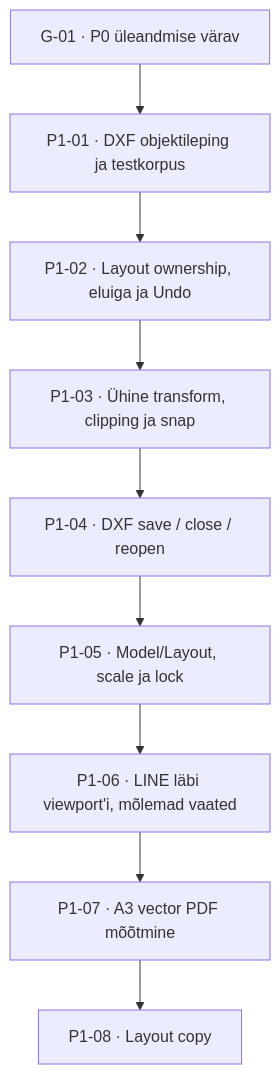
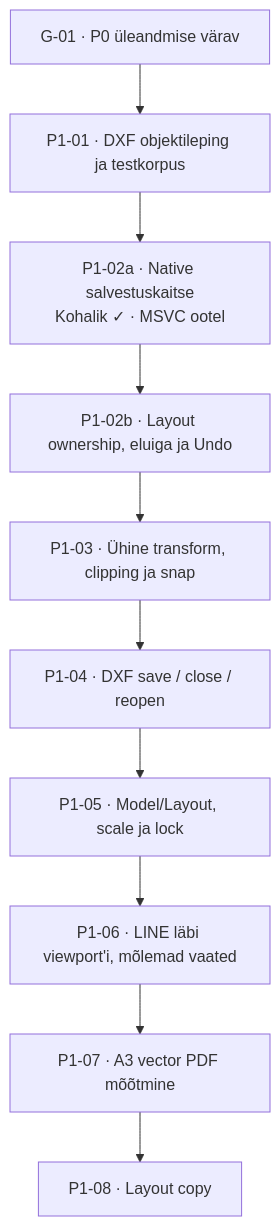
Before and after one commit to T3stin-svg/kuubik-draw-native: the second of 2 diagrams in docs/ROADMAP.md, drawn with Mermaid. The commit also changed other lines of this file and 26 other files, not shown here.

````diff
--- a/docs/ROADMAP.md
+++ b/docs/ROADMAP.md
@@ -111,11 +124,12 @@
 ```mermaid
 flowchart TD
     G["G-01 · P0 üleandmise värav"] --> A["P1-01 · DXF objektileping ja testkorpus"]
-    A --> B["P1-02 · Layout ownership, eluiga ja Undo"]
+    A --> S["P1-02a · Native salvestuskaitse<br/>Kohalik ✓ · MSVC ootel"]
+    S --> B["P1-02b · Layout ownership, eluiga ja Undo"]
     B --> C["P1-03 · Ühine transform, clipping ja snap"]
     C --> D["P1-04 · DXF save / close / reopen"]
     D --> E["P1-05 · Model/Layout, scale ja lock"]
     E --> F["P1-06 · LINE läbi viewport'i, mõlemad vaated"]
     F --> H["P1-07 · A3 vector PDF mõõtmine"]
     H --> I["P1-08 · Layout copy"]
 ```
````
